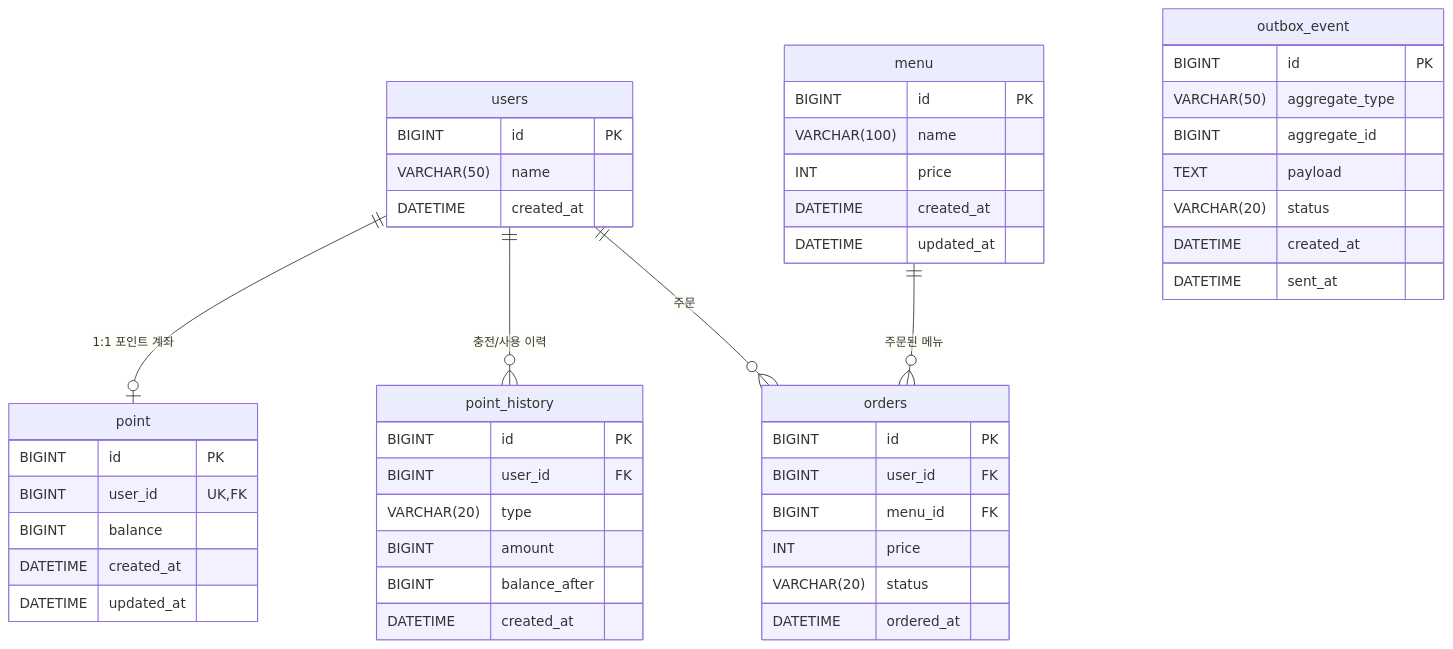
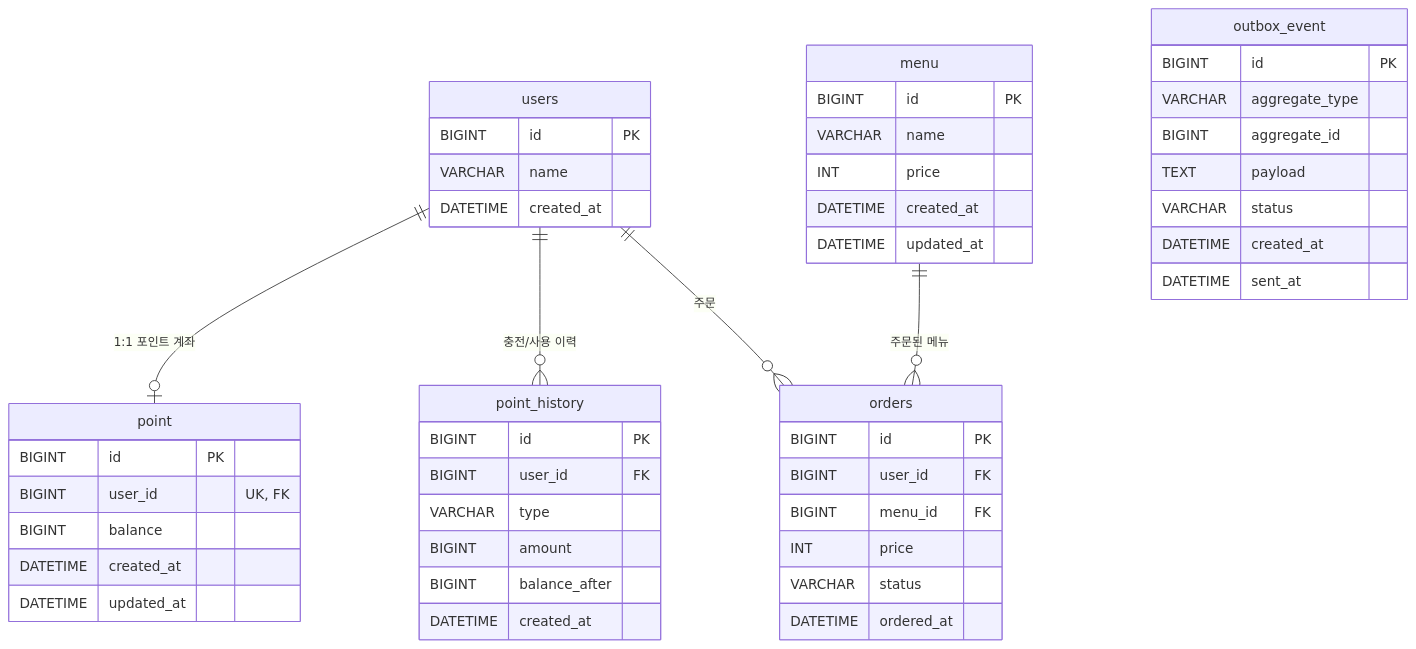
The diagram in README.md (dallas9115-afk/coffee_shop), drawn with Mermaid before and after one commit. The commit also changed other lines of this file and 2 other files, not shown here.

Commit message:
docs: Docker Compose 추가 + README ERD/실행방법 개선

````diff
--- a/README.md
+++ b/README.md
@@ -90,57 +112,57 @@
 ```mermaid
 erDiagram
     users {
         BIGINT id PK
-        VARCHAR(50) name
+        VARCHAR name
         DATETIME created_at
     }
 
     menu {
         BIGINT id PK
-        VARCHAR(100) name
+        VARCHAR name
         INT price
         DATETIME created_at
         DATETIME updated_at
     }
 
     point {
         BIGINT id PK
-        BIGINT user_id UK, FK
+        BIGINT user_id "UK, FK"
         BIGINT balance
         DATETIME created_at
         DATETIME updated_at
     }
 
     point_history {
         BIGINT id PK
         BIGINT user_id FK
-        VARCHAR(20) type
+        VARCHAR type
         BIGINT amount
         BIGINT balance_after
         DATETIME created_at
     }
 
     orders {
         BIGINT id PK
         BIGINT user_id FK
         BIGINT menu_id FK
         INT price
-        VARCHAR(20) status
+        VARCHAR status
         DATETIME ordered_at
     }
 
     outbox_event {
         BIGINT id PK
-        VARCHAR(50) aggregate_type
+        VARCHAR aggregate_type
         BIGINT aggregate_id
         TEXT payload
-        VARCHAR(20) status
+        VARCHAR status
         DATETIME created_at
         DATETIME sent_at
     }
 
     users ||--o| point : "1:1 포인트 계좌"
     users ||--o{ point_history : "충전/사용 이력"
     users ||--o{ orders : "주문"
     menu ||--o{ orders : "주문된 메뉴"
 ```
````
